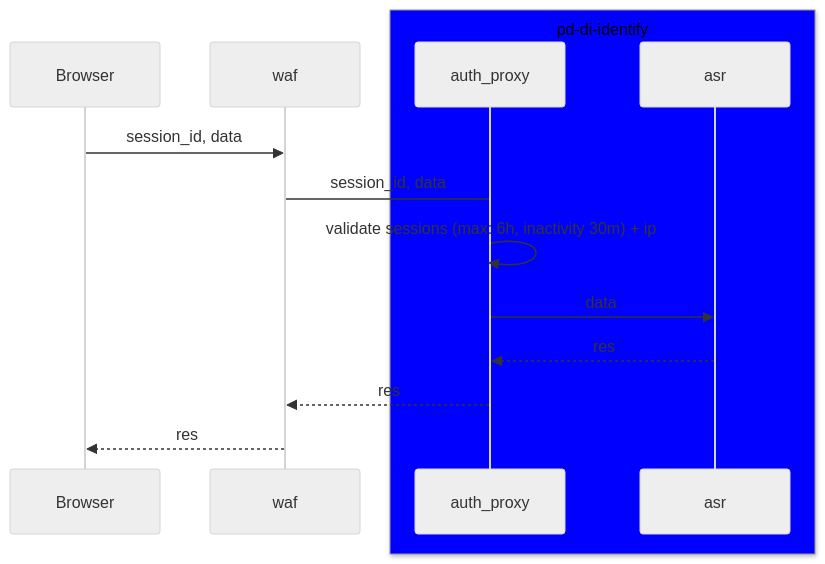
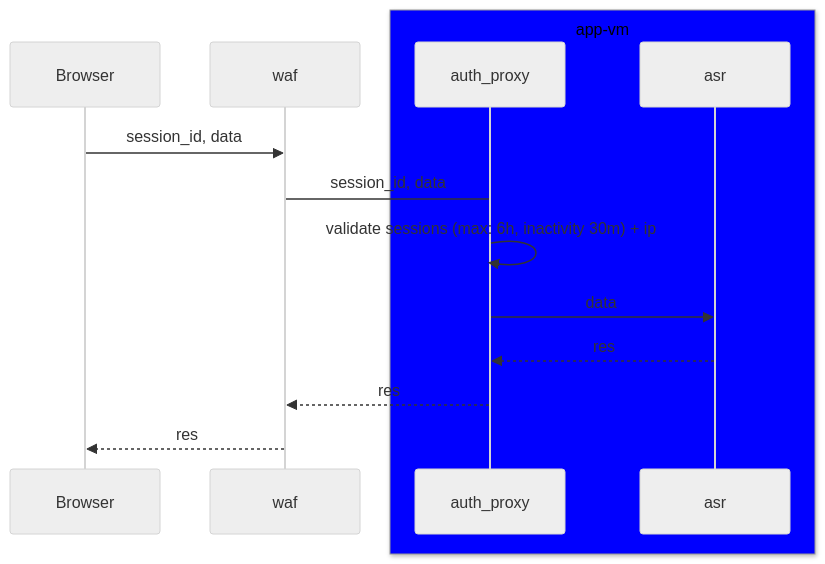
The second of 2 diagrams in docs/schema.md (airenas/speech-to-data), drawn with Mermaid (neutral theme) before and after one commit. The commit also changed other lines of this file and 14 other files, not shown here.

````diff
--- a/docs/schema.md
+++ b/docs/schema.md
@@ -31,22 +31,22 @@
 ```mermaid
 sequenceDiagram
     participant user as Browser
     participant waf
-    box blue pd-di-identify
+    box blue app-vm
     participant auth_proxy
 %%    participant redis
     participant asr
     end
     
     user->>waf: session_id, data
     waf->auth_proxy: session_id, data
 %%    auth_proxy->> redis: auth_proxy->> redis: get session (key: ip + session_id)
 %%    redis --> auth_proxy: 
     auth_proxy->> auth_proxy: validate sessions (max: 6h, inactivity 30m) + ip
 %%    auth_proxy->> redis: mark last used time
 %%    redis -->> auth_proxy: 
     auth_proxy->> asr: data
     asr -->> auth_proxy: res
     auth_proxy -->> waf: res
     waf -->> user: res
 ```    
````
